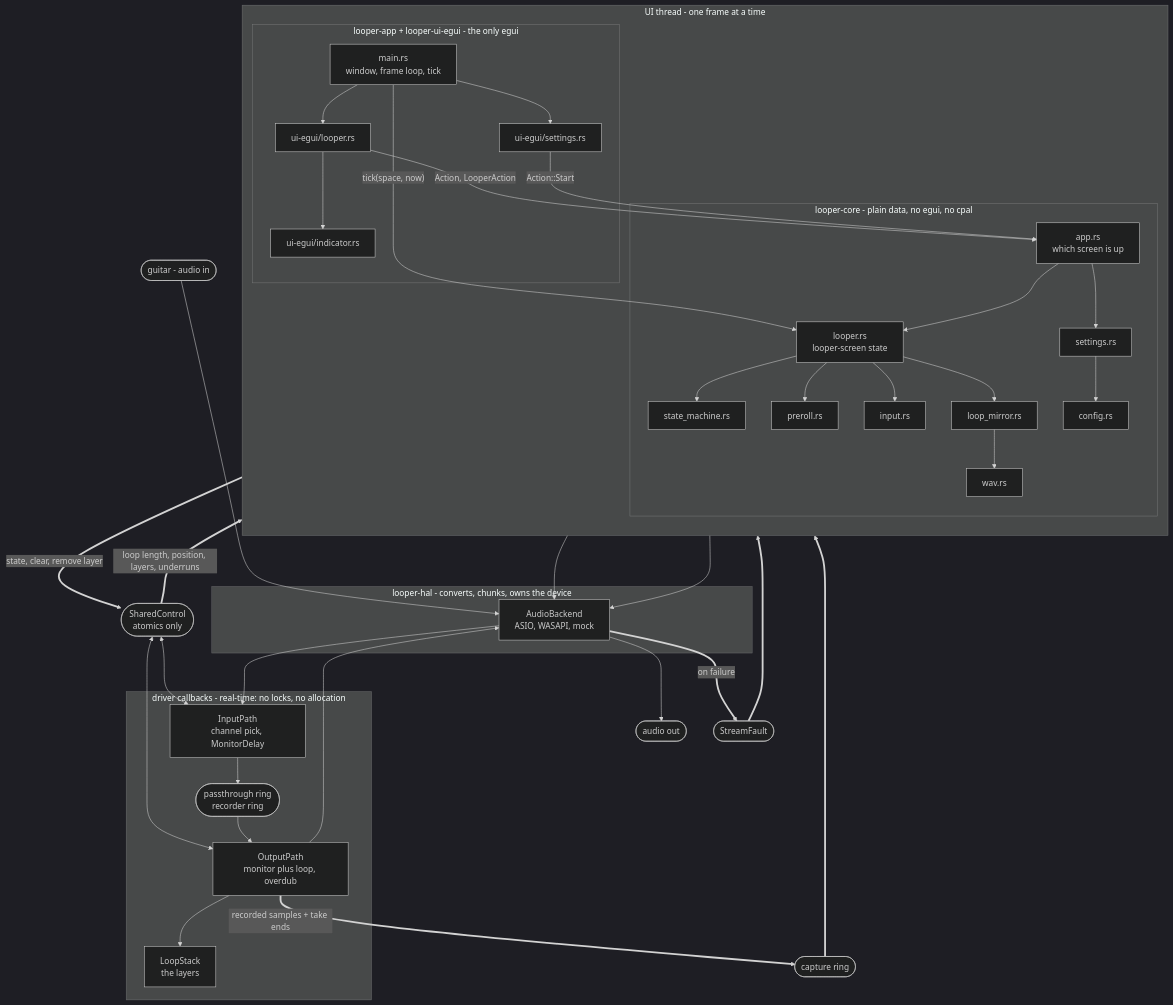
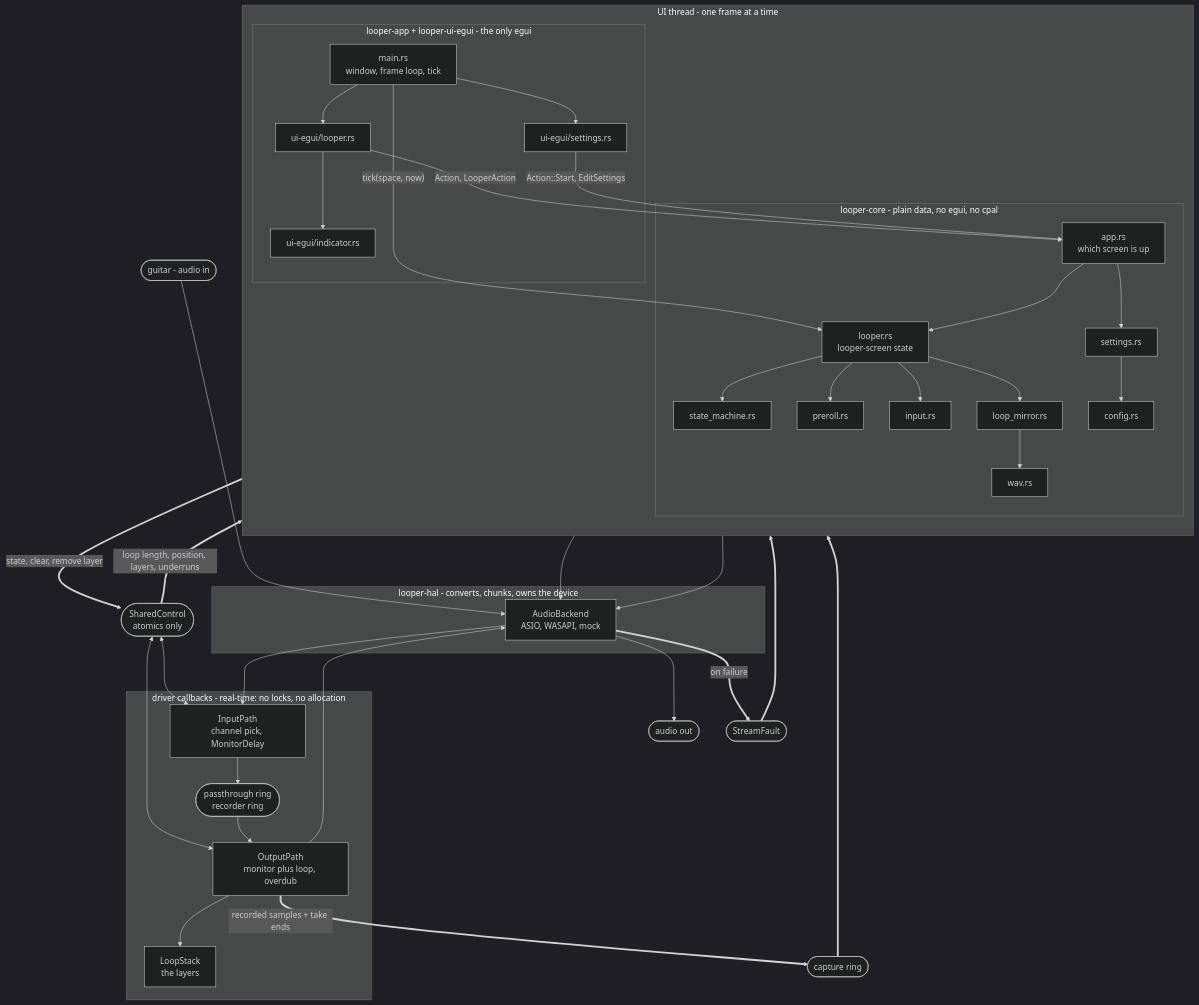
The second of 2 diagrams in README.md (domstrueboy/looper), drawn with Mermaid (dark theme) before and after one commit. The commit also changed other lines of this file and 9 other files, not shown here.

Commit message:
Make the settings screen a leaf too: it edits a copy and returns it, and SettingsState::edit decides what a change asks of the backends, so a slider drag never enumerates devices

````diff
--- a/README.md
+++ b/README.md
@@ -147,75 +147,75 @@
 ```mermaid
 flowchart TB
     GUITAR(["guitar - audio in"])
     SPEAKERS(["audio out"])
 
     subgraph UITHREAD["UI thread - one frame at a time"]
         direction TB
         subgraph FW["looper-app + looper-ui-egui - the only egui"]
             MAIN["main.rs<br/>window, frame loop, tick"]
             UIL["ui-egui/looper.rs"]
             UIS["ui-egui/settings.rs"]
             UII["ui-egui/indicator.rs"]
         end
         subgraph MODEL["looper-core - plain data, no egui, no cpal"]
             APP["app.rs<br/>which screen is up"]
             LOOPER["looper.rs<br/>looper-screen state"]
             SET["settings.rs"]
             SM["state_machine.rs"]
             PR["preroll.rs"]
             INPUT["input.rs"]
             MIRROR["loop_mirror.rs"]
             CFG["config.rs"]
             WAV["wav.rs"]
         end
     end
 
     SHARED(["SharedControl<br/>atomics only"])
     CAPTURE(["capture ring"])
     FAULT(["StreamFault"])
 
     subgraph AUDIO["driver callbacks - real-time: no locks, no allocation"]
         INPATH["InputPath<br/>channel pick, MonitorDelay"]
         BRIDGE(["passthrough ring<br/>recorder ring"])
         OUTPATH["OutputPath<br/>monitor plus loop, overdub"]
         STACK["LoopStack<br/>the layers"]
     end
 
     subgraph HAL["looper-hal - converts, chunks, owns the device"]
         BACKEND["AudioBackend<br/>ASIO, WASAPI, mock"]
     end
 
     MAIN --> UIL
     MAIN --> UIS
     MAIN -->|"tick(space, now)"| LOOPER
     UIL --> UII
     UIL -->|"Action, LooperAction"| APP
-    UIS -->|"Action::Start"| APP
+    UIS -->|"Action::Start, EditSettings"| APP
     APP --> LOOPER
     APP --> SET
     LOOPER --> SM
     LOOPER --> PR
     LOOPER --> INPUT
     LOOPER --> MIRROR
     SET --> CFG
     MIRROR --> WAV
     APP --> BACKEND
     SET --> BACKEND
 
     LOOPER ==>|"state, clear, remove layer"| SHARED
     SHARED ==>|"loop length, position, layers, underruns"| LOOPER
     SHARED <--> INPATH
     SHARED <--> OUTPATH
 
     GUITAR --> BACKEND
     BACKEND --> INPATH
     INPATH --> BRIDGE
     BRIDGE --> OUTPATH
     OUTPATH --> STACK
     OUTPATH --> BACKEND
     BACKEND --> SPEAKERS
     BACKEND ==>|"on failure"| FAULT
     FAULT ==> LOOPER
     OUTPATH ==>|"recorded samples + take ends"| CAPTURE
     CAPTURE ==> MIRROR
 ```
````
